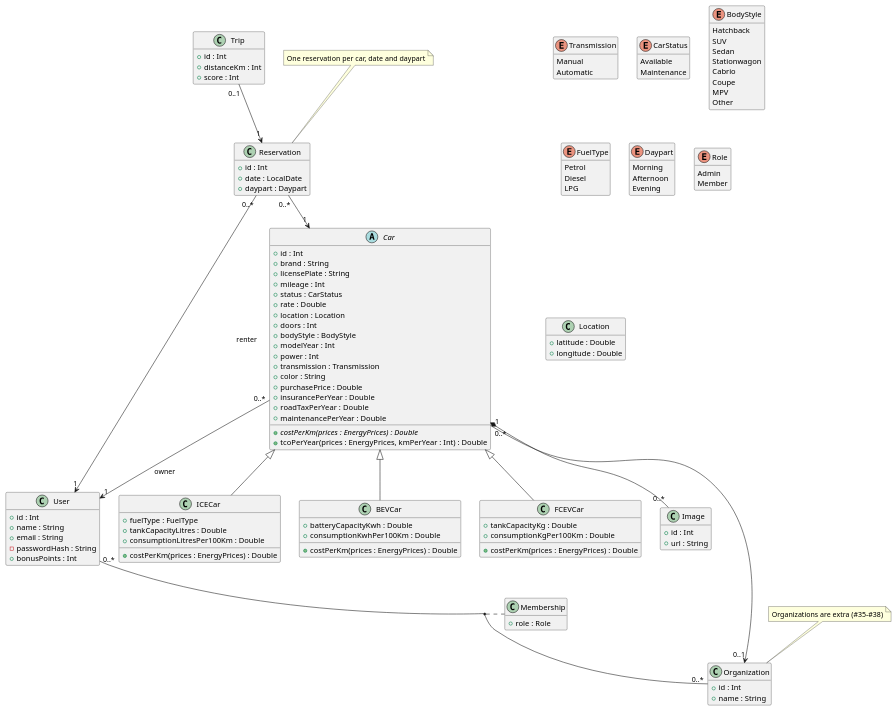
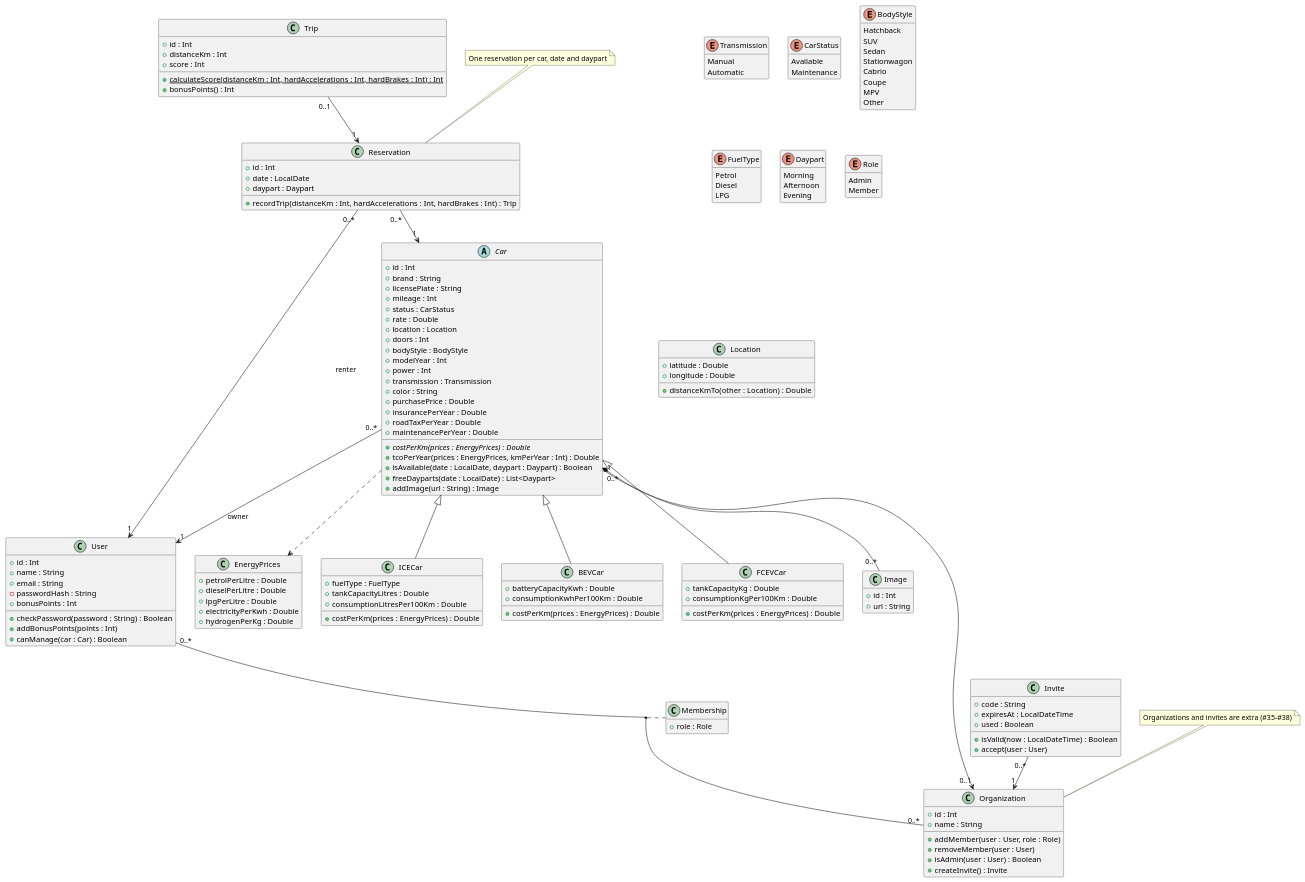
The diagram in docs/diagrams/domain-model.puml (Rent-a-car-38291/rent-a-car), drawn with PlantUML before and after one commit.

Commit message:
Give every class in the domain model its methods

```diff
--- a/docs/diagrams/domain-model.puml
+++ b/docs/diagrams/domain-model.puml
@@ -1,143 +1,175 @@
-@startuml RentACar
+@startuml
 ' Analysis view: the domain as agreed in the backlog, including parts that aren't built yet.
-' For what the code looks like today, see class-diagram.puml.
+' For what the code looks like today, see the class-*.puml diagrams.
 hide empty members
 
 enum Transmission {
   Manual
   Automatic
 }
 
 ' Rented is gone: whether a car is rented depends on the daypart (#16).
 enum CarStatus {
   Available
   Maintenance
 }
 
 enum BodyStyle {
   Hatchback
   SUV
   Sedan
   Stationwagon
   Cabrio
   Coupe
   MPV
   Other
 }
 
 enum FuelType {
   Petrol
   Diesel
   LPG
 }
 
 enum Daypart {
   Morning
   Afternoon
   Evening
 }
 
 enum Role {
   Admin
   Member
 }
 
 class Location {
   + latitude : Double
   + longitude : Double
+  + distanceKmTo(other : Location) : Double
+}
+
+class EnergyPrices {
+  + petrolPerLitre : Double
+  + dieselPerLitre : Double
+  + lpgPerLitre : Double
+  + electricityPerKwh : Double
+  + hydrogenPerKg : Double
 }
 
 class User {
   + id : Int
   + name : String
   + email : String
   - passwordHash : String
   + bonusPoints : Int
+  + checkPassword(password : String) : Boolean
+  + addBonusPoints(points : Int)
+  + canManage(car : Car) : Boolean
 }
 
 abstract class Car {
   + id : Int
   + brand : String
   + licensePlate : String
   + mileage : Int
   + status : CarStatus
   + rate : Double
   + location : Location
   + doors : Int
   + bodyStyle : BodyStyle
   + modelYear : Int
   + power : Int
   + transmission : Transmission
   + color : String
   + purchasePrice : Double
   + insurancePerYear : Double
   + roadTaxPerYear : Double
   + maintenancePerYear : Double
   + {abstract} costPerKm(prices : EnergyPrices) : Double
   + tcoPerYear(prices : EnergyPrices, kmPerYear : Int) : Double
+  + isAvailable(date : LocalDate, daypart : Daypart) : Boolean
+  + freeDayparts(date : LocalDate) : List<Daypart>
+  + addImage(url : String) : Image
 }
 
 class ICECar {
   + fuelType : FuelType
   + tankCapacityLitres : Double
   + consumptionLitresPer100Km : Double
   + costPerKm(prices : EnergyPrices) : Double
 }
 
 class BEVCar {
   + batteryCapacityKwh : Double
   + consumptionKwhPer100Km : Double
   + costPerKm(prices : EnergyPrices) : Double
 }
 
 class FCEVCar {
   + tankCapacityKg : Double
   + consumptionKgPer100Km : Double
   + costPerKm(prices : EnergyPrices) : Double
 }
 
 class Image {
   + id : Int
   + url : String
 }
 
 class Reservation {
   + id : Int
   + date : LocalDate
   + daypart : Daypart
+  + recordTrip(distanceKm : Int, hardAccelerations : Int, hardBrakes : Int) : Trip
 }
 
 class Trip {
   + id : Int
   + distanceKm : Int
   + score : Int
+  + {static} calculateScore(distanceKm : Int, hardAccelerations : Int, hardBrakes : Int) : Int
+  + bonusPoints() : Int
 }
 
 class Organization {
   + id : Int
   + name : String
+  + addMember(user : User, role : Role)
+  + removeMember(user : User)
+  + isAdmin(user : User) : Boolean
+  + createInvite() : Invite
 }
 
 class Membership {
   + role : Role
+}
+
+class Invite {
+  + code : String
+  + expiresAt : LocalDateTime
+  + used : Boolean
+  + isValid(now : LocalDateTime) : Boolean
+  + accept(user : User)
 }
 
 Car <|-- ICECar
 Car <|-- BEVCar
 Car <|-- FCEVCar
 
 Car "0..*" --> "1" User : owner
 Car "0..*" --> "0..1" Organization
 Car "1" *-- "0..*" Image
+Car ..> EnergyPrices
 Reservation "0..*" --> "1" Car
 Reservation "0..*" --> "1" User : renter
 Trip "0..1" --> "1" Reservation
 User "0..*" -- "0..*" Organization
 (User, Organization) .. Membership
+Invite "0..*" --> "1" Organization
 
 note "One reservation per car, date and daypart" as N1
 N1 .. Reservation
-note "Organizations are extra (#35–#38)" as N2
+note "Organizations and invites are extra (#35–#38)" as N2
 N2 .. Organization
 
 @enduml
```
